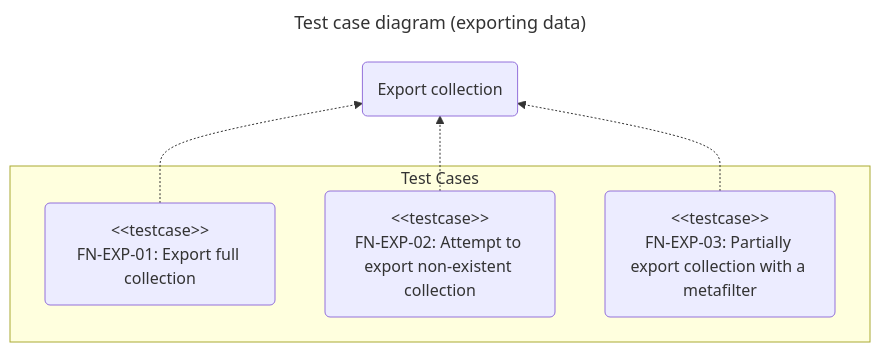
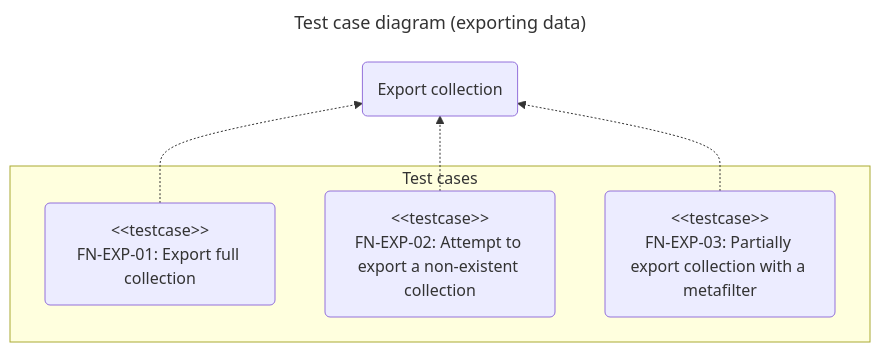
Before and after one commit to chromiodev/chromie-tool: the second of 8 diagrams in docs/spec/tests/functional.en.md, drawn with Mermaid. The commit also changed other lines of this file and 22 other files, not shown here.

````diff
--- a/docs/spec/tests/functional.en.md
+++ b/docs/spec/tests/functional.en.md
@@ -135,20 +135,20 @@
 ```mermaid
 ---
 title: Test case diagram (exporting data)
 config:
 ---
 
 graph BT
   %% use cases
   exportColl@{ shape: "rounded", label: "Export collection" }
 
-  subgraph "Test Cases"
+  subgraph "Test cases"
     exportFullColl@{ shape: "rounded", label: "#lt;#lt;testcase>><br>FN-EXP-01: Export full collection" }
-    exportNonExistingColl@{ shape: "rounded", label: "#lt;#lt;testcase>><br>FN-EXP-02: Attempt to export non-existent collection" }
+    exportNonExistingColl@{ shape: "rounded", label: "#lt;#lt;testcase>><br>FN-EXP-02: Attempt to export a non-existent collection" }
     exportCollPartiallyWithMetafilter@{ shape: "rounded", label: "#lt;#lt;testcase>><br>FN-EXP-03: Partially export collection with a metafilter" }
   end
 
   exportFullColl -.-> exportColl
   exportNonExistingColl -.-> exportColl
   exportCollPartiallyWithMetafilter -.-> exportColl
 ```
````
